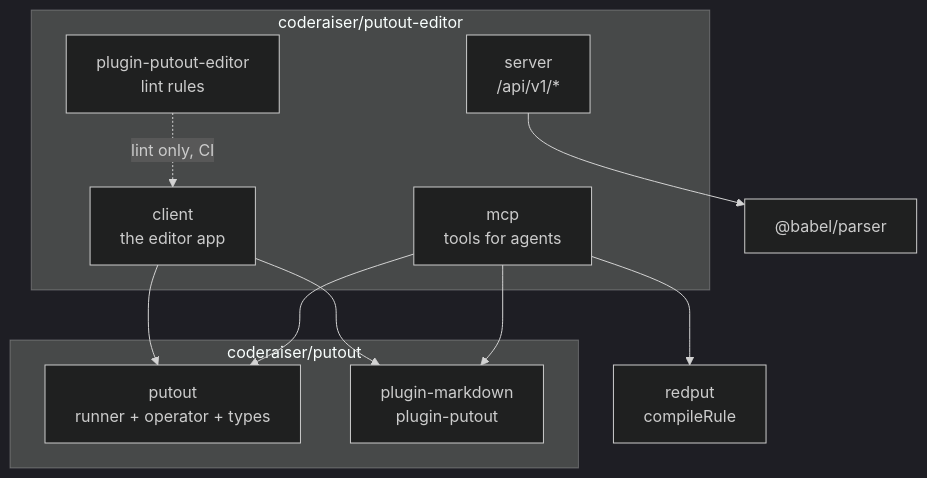
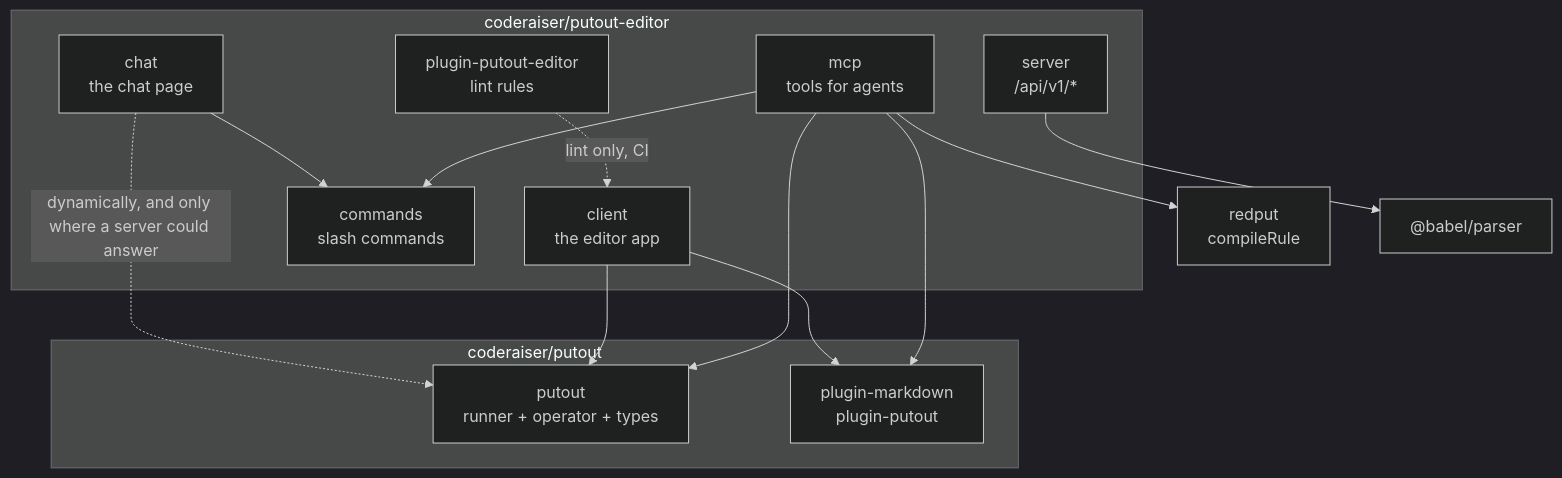
Before and after one commit to coderaiser/putout-editor: the first of 4 diagrams in docs/architecture.md, drawn with Mermaid (dark theme). The commit also changed other lines of this file and 210 other files, not shown here.

````diff
--- a/docs/architecture.md
+++ b/docs/architecture.md
@@ -22,25 +23,30 @@
 ```mermaid
 graph TD
     subgraph editorRepo["coderaiser/putout-editor"]
         client["client<br/>the editor app"]
+        chat["chat<br/>the chat page"]
+        commands["commands<br/>slash commands"]
         server["server<br/>/api/v1/*"]
         mcp["mcp<br/>tools for agents"]
         plugin["plugin-putout-editor<br/>lint rules"]
     end
 
     subgraph upstream["coderaiser/putout"]
         putout["putout<br/>runner + operator + types"]
         putoutPlugin["plugin-markdown<br/>plugin-putout"]
     end
 
     redput["redput<br/>compileRule"]
     babel["@babel/parser"]
 
+    chat --> commands
+    mcp --> commands
+    chat -.->|"dynamically, and only where a server could answer"| putout
     client --> putout
     client --> putoutPlugin
     mcp --> putout
     mcp --> putoutPlugin
     mcp --> redput
     server --> babel
     plugin -.->|"lint only, CI"| client
 ```
````
